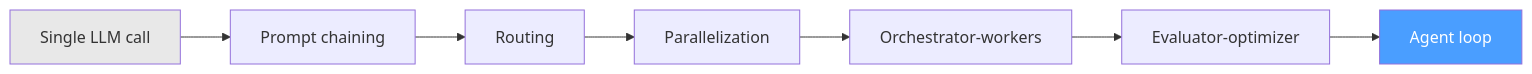
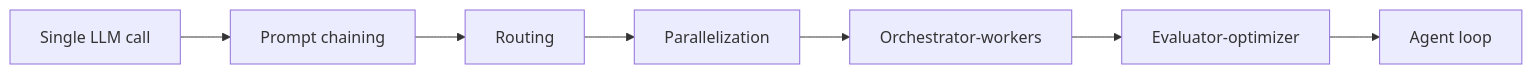
The seventh of 8 diagrams in chapters/ch01.md (tbhbooks/Agents-That-Think-and-Self-Improve), drawn with Mermaid before and after one commit. The commit also changed other lines of this file and 51 other files, not shown here.

````diff
--- a/chapters/ch01.md
+++ b/chapters/ch01.md
@@ -394,8 +437,6 @@
 ```mermaid
 graph LR
     A["Single LLM call"] --> B["Prompt chaining"] --> C["Routing"]
     C --> D["Parallelization"] --> E["Orchestrator-workers"]
     E --> F["Evaluator-optimizer"] --> G["Agent loop"]
-    style A fill:#e8e8e8
-    style G fill:#4a9eff,color:#fff
 ```
````
